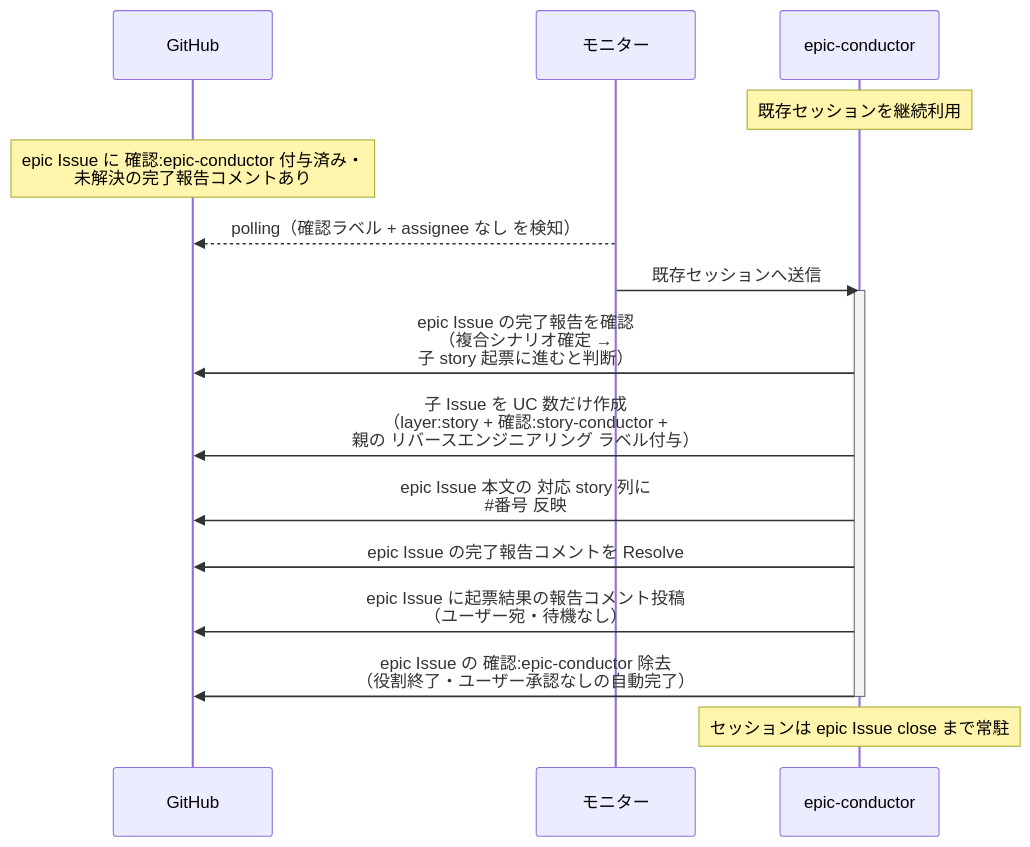
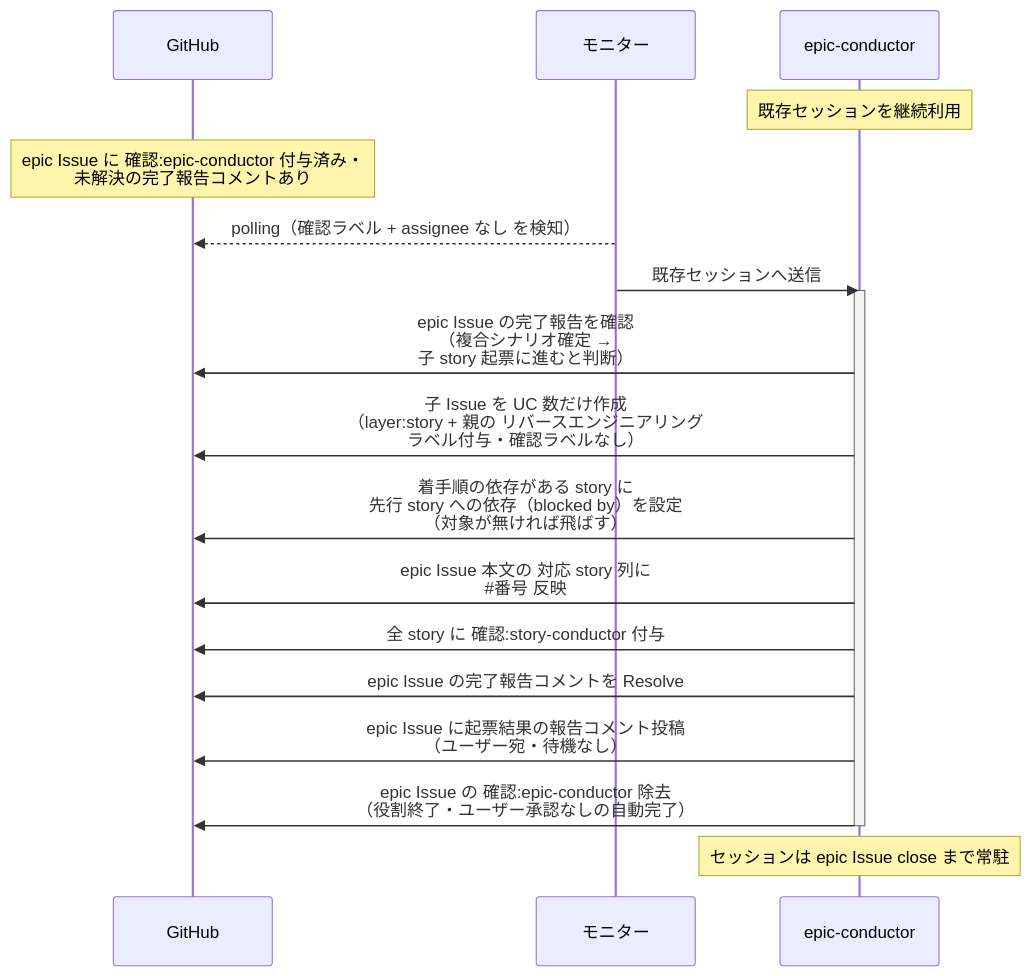
One commit to shuhei1101/ai-monitor changed the diagram in docs/wiki/設計図/シナリオ/単一ユースケース/子story起票.md. Above: the diagram before and after it, drawn with Mermaid. The commit also changed other lines of this file and 3 other files, not shown here.

````diff
--- a/docs/wiki/設計図/シナリオ/単一ユースケース/子story起票.md
+++ b/docs/wiki/設計図/シナリオ/単一ユースケース/子story起票.md
@@ -26,20 +26,22 @@
 ```mermaid
 sequenceDiagram
   participant GH as GitHub
   participant ORC as モニター
   participant MON as epic-conductor
 
   Note over MON: 既存セッションを継続利用
   Note over GH: epic Issue に 確認:epic-conductor 付与済み・<br>未解決の完了報告コメントあり
   ORC-->>GH: polling（確認ラベル + assignee なし を検知）
   ORC->>MON: 既存セッションへ送信
   activate MON
   MON->>GH: epic Issue の完了報告を確認<br>（複合シナリオ確定 →<br>子 story 起票に進むと判断）
-  MON->>GH: 子 Issue を UC 数だけ作成<br>（layer:story + 確認:story-conductor +<br>親の リバースエンジニアリング ラベル付与）
+  MON->>GH: 子 Issue を UC 数だけ作成<br>（layer:story + 親の リバースエンジニアリング<br>ラベル付与・確認ラベルなし）
+  MON->>GH: 着手順の依存がある story に<br>先行 story への依存（blocked by）を設定<br>（対象が無ければ飛ばす）
   MON->>GH: epic Issue 本文の 対応 story 列に<br>#35;番号 反映
+  MON->>GH: 全 story に 確認:story-conductor 付与
   MON->>GH: epic Issue の完了報告コメントを Resolve
   MON->>GH: epic Issue に起票結果の報告コメント投稿<br>（ユーザー宛・待機なし）
   MON->>GH: epic Issue の 確認:epic-conductor 除去<br>（役割終了・ユーザー承認なしの自動完了）
   deactivate MON
   Note over MON: セッションは epic Issue close まで常駐
 ```
````
